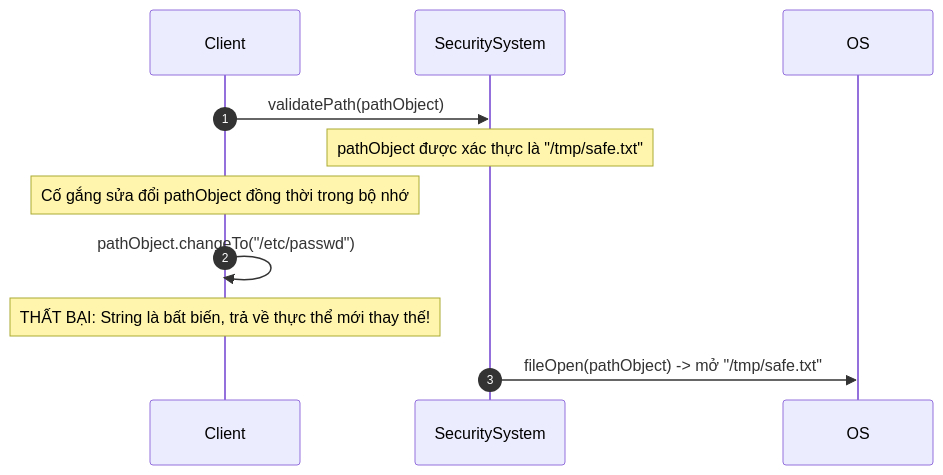
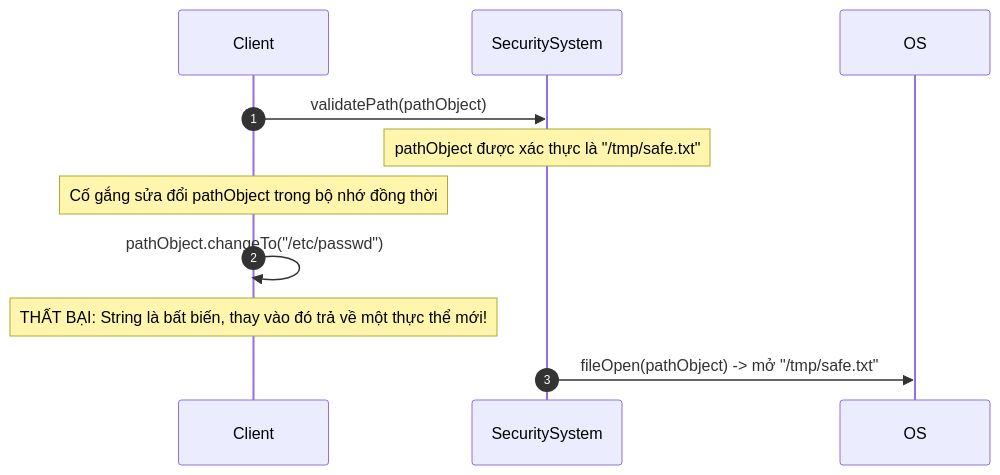
One commit to PhuThien2005/theoretical-of-java-core changed the first of 4 diagrams in vi/08-string/theory/01-string-basics.md. Above: the diagram before and after it, drawn with Mermaid. The commit also changed other lines of this file and 229 other files, not shown here.

````diff
--- a/vi/08-string/theory/01-string-basics.md
+++ b/vi/08-string/theory/01-string-basics.md
@@ -59,10 +59,10 @@
 ```mermaid
 sequenceDiagram
     autonumber
     Client->>SecuritySystem: validatePath(pathObject)
     Note over SecuritySystem: pathObject được xác thực là "/tmp/safe.txt"
-    Note over Client: Cố gắng sửa đổi pathObject đồng thời trong bộ nhớ
+    Note over Client: Cố gắng sửa đổi pathObject trong bộ nhớ đồng thời
     Client->>Client: pathObject.changeTo("/etc/passwd")
-    Note over Client: THẤT BẠI: String là bất biến, trả về thực thể mới thay thế!
+    Note over Client: THẤT BẠI: String là bất biến, thay vào đó trả về một thực thể mới!
     SecuritySystem->>OS: fileOpen(pathObject) -> mở "/tmp/safe.txt"
 ```
````
